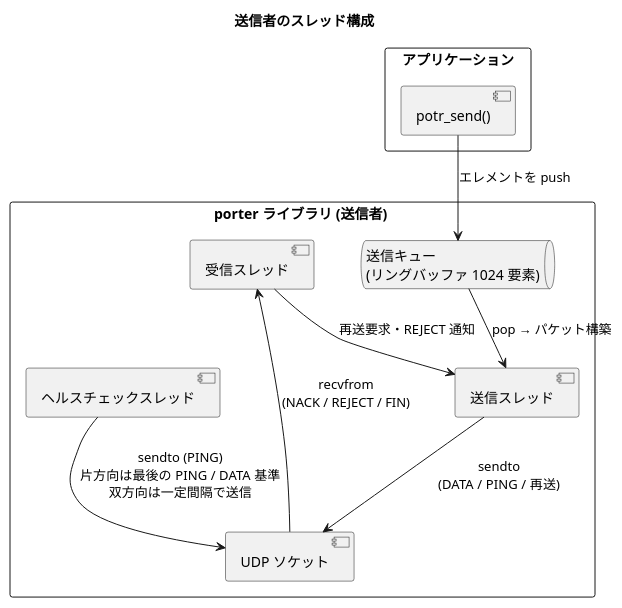
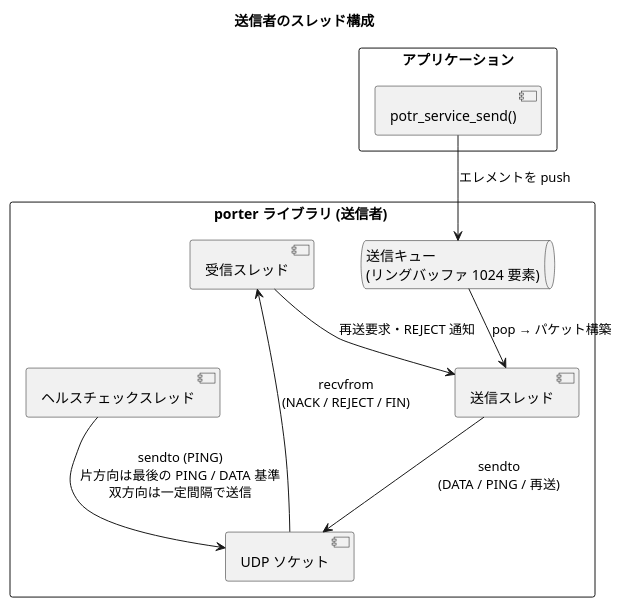
One commit to Hondarer/app_porter changed the first of 6 diagrams in docs/architecture.md. Above: the diagram before and after it, drawn with PlantUML. The commit also changed other lines of this file and 46 other files, not shown here.

````diff
--- a/docs/architecture.md
+++ b/docs/architecture.md
@@ -55,24 +55,24 @@
 ```plantuml
 @startuml
 title 送信者のスレッド構成
 
 rectangle "アプリケーション" {
-  [potr_send()]
+  [potr_service_send()]
 }
 
 rectangle "porter ライブラリ (送信者) " {
   queue "送信キュー\n(リングバッファ 1024 要素)" as Q
   [送信スレッド] as ST
   [受信スレッド] as RT
   [ヘルスチェックスレッド] as HT
   [UDP ソケット] as SOCK
 }
 
-[potr_send()] --> Q : エレメントを push
+[potr_service_send()] --> Q : エレメントを push
 Q --> ST : pop → パケット構築
 ST --> SOCK : sendto\n(DATA / PING / 再送)
 RT <-- SOCK : recvfrom\n(NACK / REJECT / FIN)
 RT --> ST : 再送要求・REJECT 通知
 HT --> SOCK : sendto (PING)\n片方向は最後の PING / DATA 基準\n双方向は一定間隔で送信
 @enduml
 ```
````
